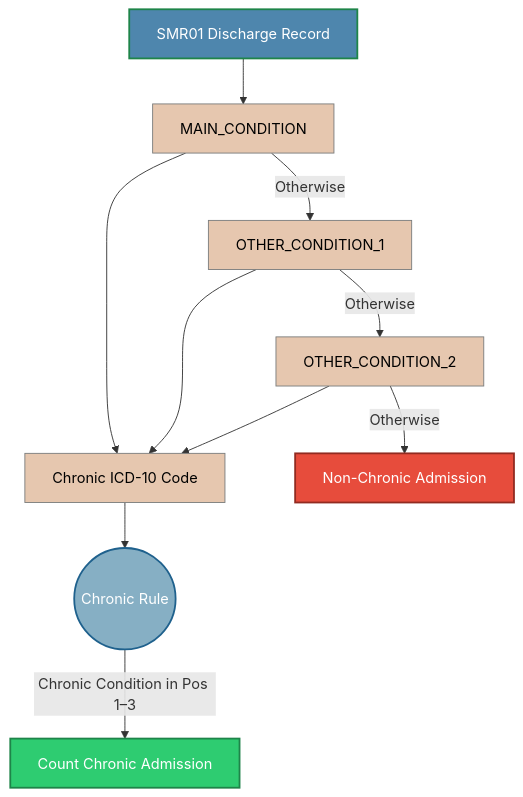
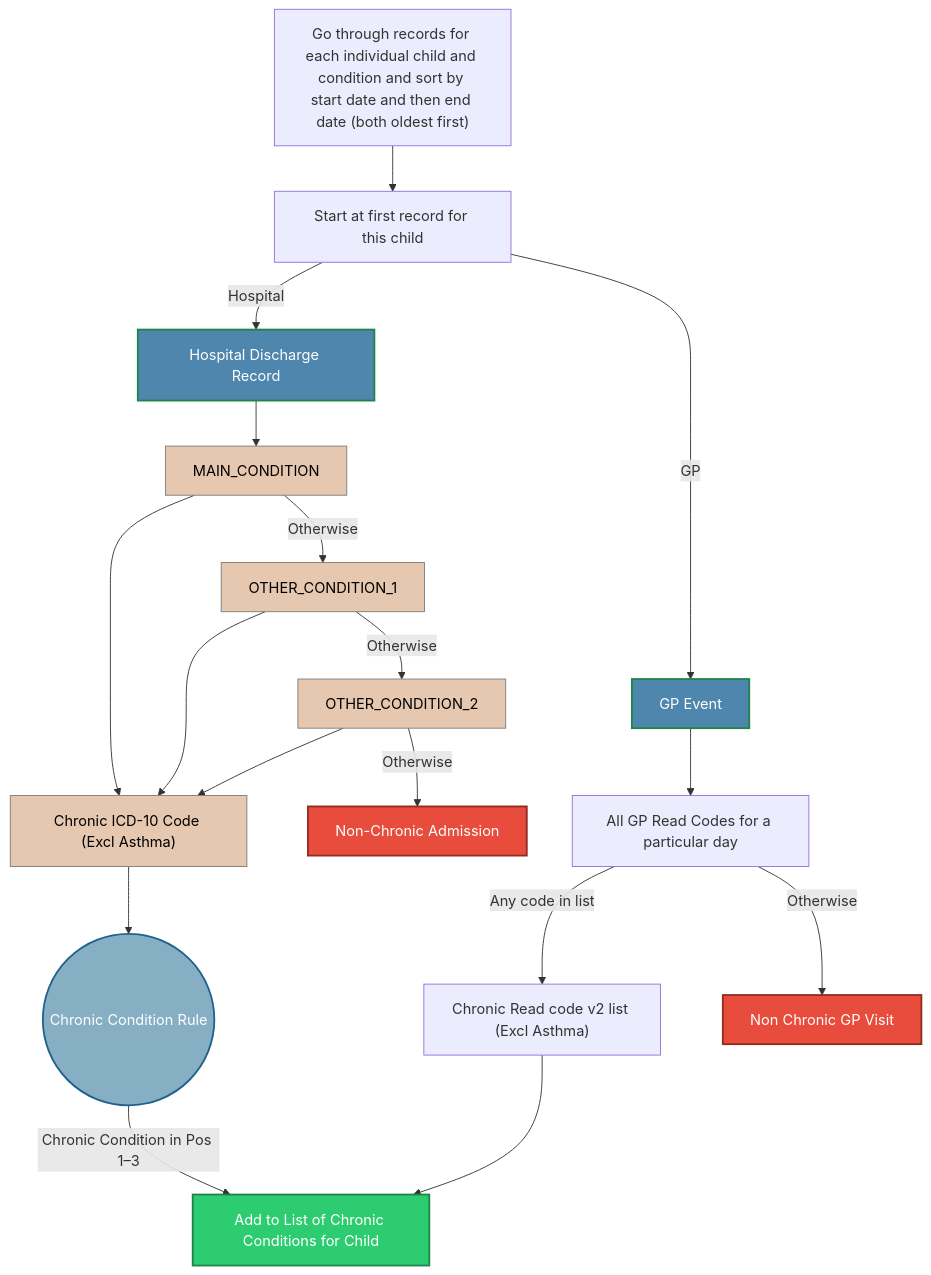
One commit to HomesHeatAndHealthyKids/DataLochAnalysis changed the second of 3 diagrams in ari_categorise.md. Above: the diagram before and after it, drawn with Mermaid. The commit also changed other lines of this file and 1 other file, not shown here.

Commit message:
Fix up some of the categorisation following chats - in particular, fix up chronic conditions categorisation

````diff
--- a/ari_categorise.md
+++ b/ari_categorise.md
@@ -119,11 +124,15 @@
     %% =========================
     %% Observed Variables
     %% =========================
-    SMR_rec[SMR01 Discharge Record]
+
+    SMR_child_data["Go through records for each individual child and condition and sort by start date and then end date (both oldest first) "] --> C["Start at first record for this child"]
+    C --> |"Hospital"| SMR_rec
+    C --> |"GP"| GP_rec
+    SMR_rec[Hospital Discharge Record]
     Diag_pos_1[MAIN_CONDITION]
     Diag_pos_2[OTHER_CONDITION_1]
     Diag_pos_3[OTHER_CONDITION_2]
-    ICD10_Chronic[Chronic ICD-10 Code]
+    ICD10_Chronic["Chronic ICD-10 Code (Excl Asthma)"]
 
     %% =========================
     %% Rule Nodes (Deterministic)
@@ -133,7 +142,7 @@
     %% =========================
     %% Outcomes
     %% =========================
-    Y[Count Chronic Admission]
+    Y[Add to List of Chronic Conditions for Child]
     N[Non-Chronic Admission]
 
     %% =========================
@@ -163,8 +172,41 @@
 
     %% General rule applies only if not Asthma
     R_Chronic -->|Chronic Condition in Pos 1–3| Y
+
+
+    GP_rec[GP Event]
+    Diag_pos_1_GP[All GP Read Codes for a particular day]
+    Read_Chronic_GP["Chronic Read code v2 list (Excl Asthma)"]
+
+    %% =========================
+    %% Rule Nodes (Deterministic)
+    %% =========================
+    R_Chronic((Chronic Condition Rule))
+    
+    %% =========================
+    %% Outcomes
+    %% =========================
+  
+    N_GP[Non Chronic GP Visit]
+
+    %% =========================
+    %% Causal Structure
+    %% =========================
+
+    GP_rec --> Diag_pos_1_GP
+
+    %% General ARI pathway
+    Diag_pos_1_GP -->  |Any code in list| Read_Chronic_GP
+    Diag_pos_1_GP --> |Otherwise| N_GP
+
+
+    %% General ARI pathway
+    Read_Chronic_GP --> Y
+
+
    
 
+  
     %% =========================
     %% Styling
     %% =========================
@@ -175,8 +217,8 @@
     classDef data fill:#E6C7AF,color:#000000,stroke:#7b7d7d,stroke-width:1px;
 
     class Y include
-    class N exclude
+    class N,N_GP exclude
     class R_Chronic rule
     class ICD10_Chronic,Diag_pos_1,Diag_pos_2,Diag_pos_3,ICD10_asthma data
-    class SMR_rec record
+    class SMR_rec,GP_rec record
 ```
````
